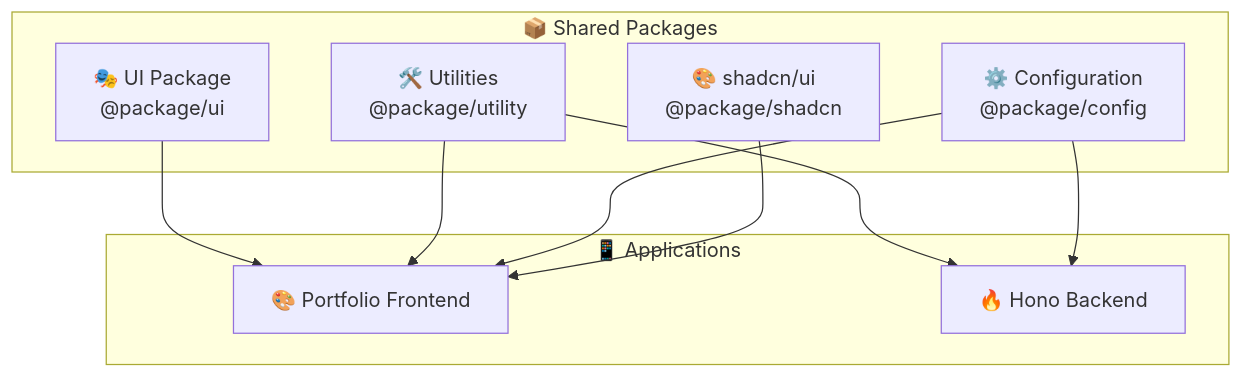
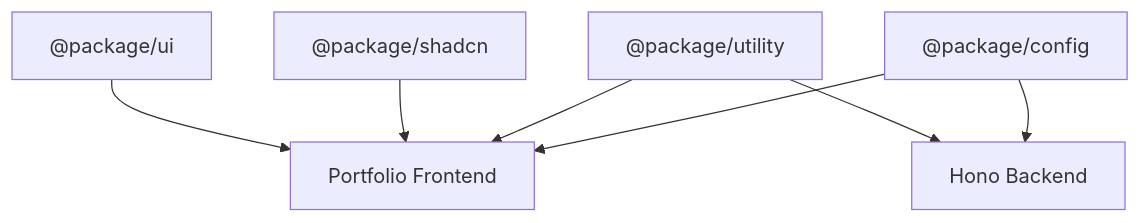
Before and after one commit to IsaiaScope/monorepoonfire: the diagram in doc/shared-packages-guide.md, drawn with Mermaid. The commit also changed other lines of this file and 48 other files, not shown here.

````diff
--- a/doc/shared-packages-guide.md
+++ b/doc/shared-packages-guide.md
@@ -9,21 +9,12 @@
 ```mermaid
-graph TB
-    subgraph "📦 Shared Packages"
-        UI[🎭 UI Package<br/>@package/ui]
-        UTIL[🛠️ Utilities<br/>@package/utility]
-        CONFIG[⚙️ Configuration<br/>@package/config]
-        SHADCN[🎨 shadcn/ui<br/>@package/shadcn]
-    end
+graph TD
+    UI["@package/ui"] --> Portfolio
+    SHADCN["@package/shadcn"] --> Portfolio
+    UTIL["@package/utility"] --> Portfolio
+    UTIL --> Hono
+    CONFIG["@package/config"] --> Portfolio
+    CONFIG --> Hono
 
-    subgraph "📱 Applications"
-        FRONTEND[🎨 Portfolio Frontend]
-        BACKEND[🔥 Hono Backend]
-    end
-
-    UI --> FRONTEND
-    UTIL --> FRONTEND
-    UTIL --> BACKEND
-    CONFIG --> FRONTEND
-    CONFIG --> BACKEND
-    SHADCN --> FRONTEND
+    Portfolio[Portfolio Frontend]
+    Hono[Hono Backend]
 ```
````
